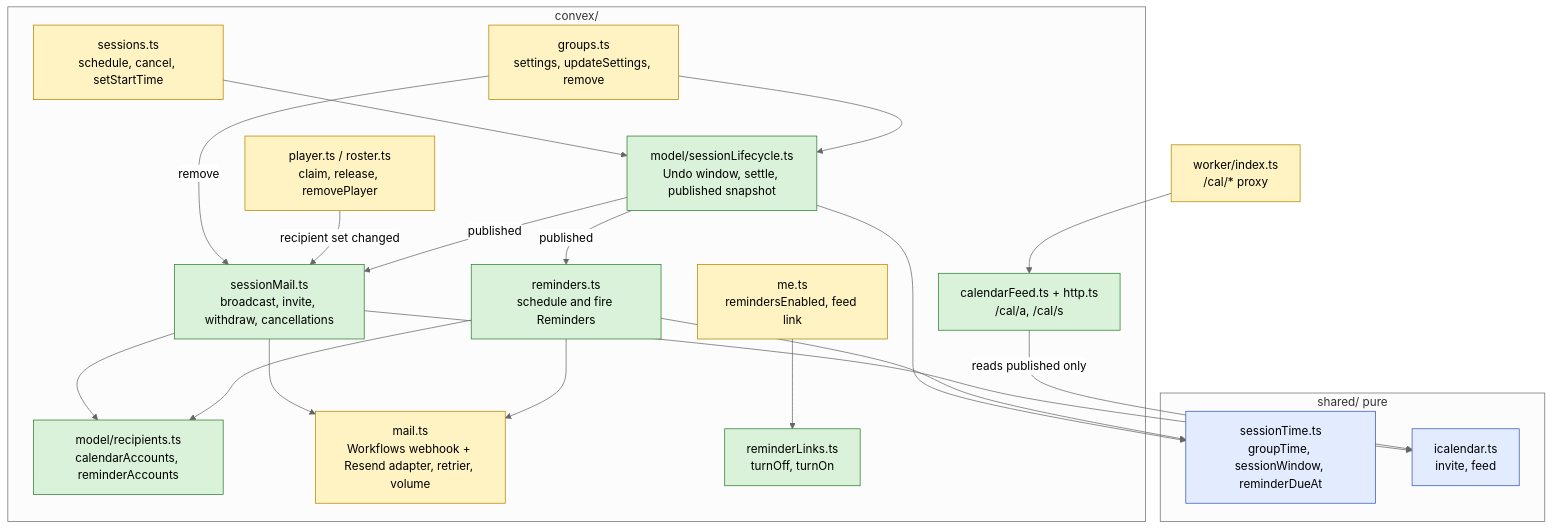
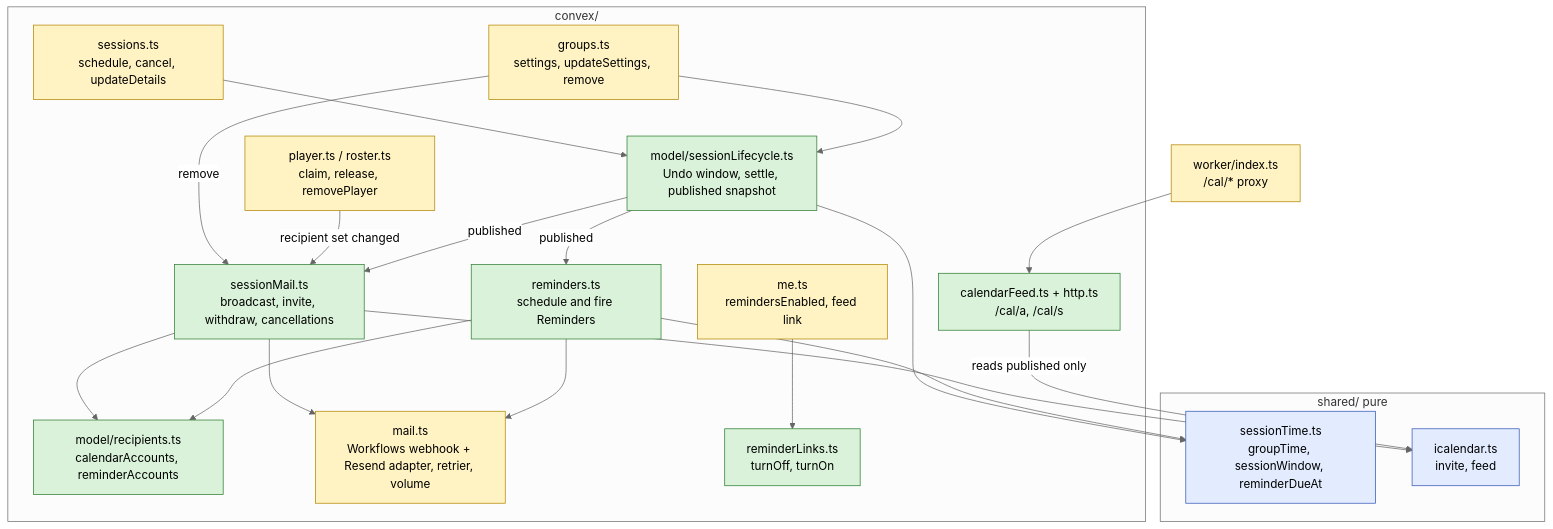
One commit to Silthus/next-session changed the third of 7 diagrams in docs/architecture/calendar-sync.md. Above: the diagram before and after it, drawn with Mermaid (neutral theme). The commit also changed other lines of this file, not shown here.

````diff
--- a/docs/architecture/calendar-sync.md
+++ b/docs/architecture/calendar-sync.md
@@ -175,44 +177,44 @@
 ```mermaid
 flowchart TB
   classDef new fill:#d9f2d9,stroke:#2e7d32,color:#000
   classDef changed fill:#fff3c4,stroke:#b38600,color:#000
   classDef pure fill:#e3ecff,stroke:#3557b7,color:#000
 
   subgraph shared[shared/ pure]
     sessionTime[sessionTime.ts<br/>groupTime, sessionWindow, reminderDueAt]:::pure
     icalendar[icalendar.ts<br/>invite, feed]:::pure
   end
 
   subgraph convex[convex/]
-    sessions[sessions.ts<br/>schedule, cancel, setStartTime]:::changed
+    sessions[sessions.ts<br/>schedule, cancel, updateDetails]:::changed
     groups[groups.ts<br/>settings, updateSettings, remove]:::changed
     playerMod[player.ts / roster.ts<br/>claim, release, removePlayer]:::changed
     lifecycle[model/sessionLifecycle.ts<br/>Undo window, settle, published snapshot]:::new
     recipients[model/recipients.ts<br/>calendarAccounts, reminderAccounts]:::new
     sessionMail[sessionMail.ts<br/>broadcast, invite, withdraw, cancellations]:::new
     reminders[reminders.ts<br/>schedule and fire Reminders]:::new
     calendarHttp[calendarFeed.ts + http.ts<br/>/cal/a, /cal/s]:::new
     mailTransport[mail.ts<br/>Workflows webhook + Resend adapter, retrier, volume]:::changed
     me[me.ts<br/>remindersEnabled, feed link]:::changed
     links[reminderLinks.ts<br/>turnOff, turnOn]:::new
   end
 
   worker[worker/index.ts<br/>/cal/* proxy]:::changed
 
   sessions --> lifecycle
   groups --> lifecycle
   groups -- "remove" --> sessionMail
   playerMod -- "recipient set changed" --> sessionMail
   lifecycle -- "published" --> sessionMail
   lifecycle -- "published" --> reminders
   lifecycle --> sessionTime
   sessionMail --> recipients
   reminders --> recipients
   sessionMail --> icalendar
   sessionMail --> mailTransport
   reminders --> sessionTime
   reminders --> mailTransport
   calendarHttp -- "reads published only" --> icalendar
   worker --> calendarHttp
   me --> links
 ```
````
